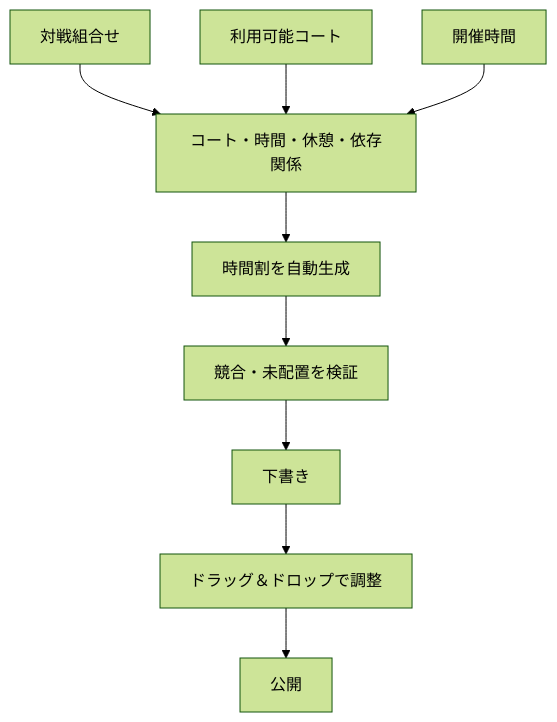
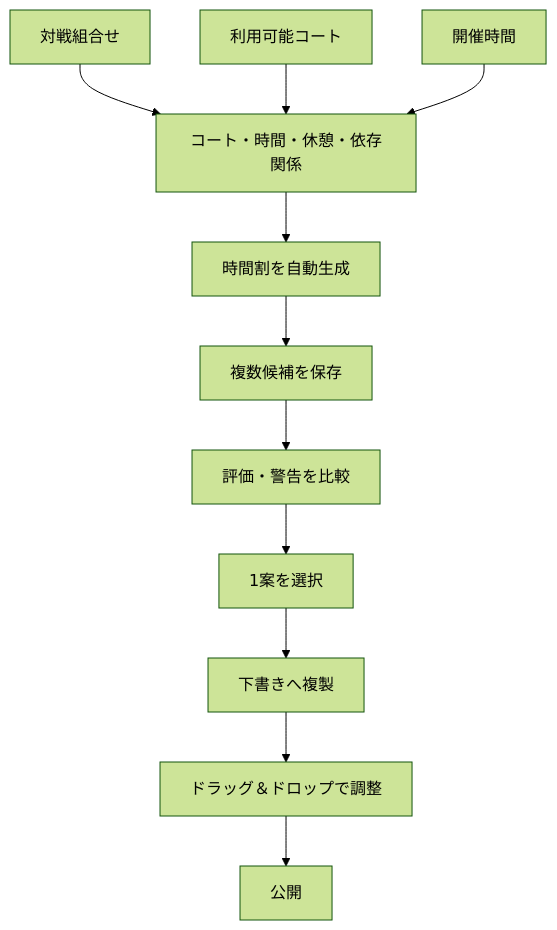
The fifth of 10 diagrams in docs/03_service-domain-plan.md (Miraisosha/S-NICK-Platform), drawn with Mermaid (forest theme) before and after one commit. The commit also changed other lines of this file and 30 other files, not shown here.

````diff
--- a/docs/03_service-domain-plan.md
+++ b/docs/03_service-domain-plan.md
@@ -486,11 +490,13 @@
 ```mermaid
 flowchart TD
     Draw["対戦組合せ"] --> Constraints["コート・時間・休憩・依存関係"]
     Courts["利用可能コート"] --> Constraints
     Hours["開催時間"] --> Constraints
     Constraints --> Generate["時間割を自動生成"]
-    Generate --> Validate["競合・未配置を検証"]
-    Validate --> Draft["下書き"]
+    Generate --> Candidates["複数候補を保存"]
+    Candidates --> Compare["評価・警告を比較"]
+    Compare --> Validate["1案を選択"]
+    Validate --> Draft["下書きへ複製"]
     Draft --> Manual["ドラッグ＆ドロップで調整"]
     Manual --> Publish["公開"]
 ```
````
